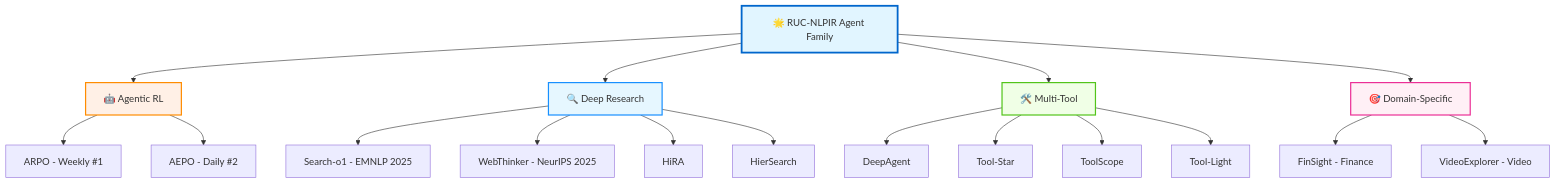
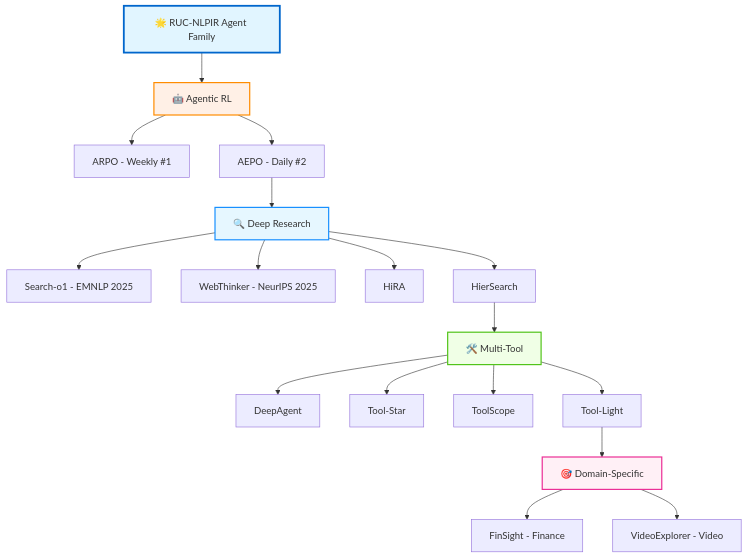
The diagram in README.md (RUC-NLPIR/AgentFamily), drawn with Mermaid before and after one commit. The commit also changed other lines of this file, not shown here.

````diff
--- a/README.md
+++ b/README.md
@@ -314,30 +313,30 @@
 ```mermaid
-graph TD
+flowchart TD
     A[🌟 RUC-NLPIR Agent Family]
     
     A --> B[🤖 Agentic RL]
     B --> B1[ARPO - Weekly #1]
     B --> B2[AEPO - Daily #2]
     
-    A --> C[🔍 Deep Research]
+    B2 --> C[🔍 Deep Research]
     C --> C1[Search-o1 - EMNLP 2025]
     C --> C2[WebThinker - NeurIPS 2025]
     C --> C3[HiRA]
     C --> C4[HierSearch]
     
-    A --> D[🛠️ Multi-Tool]
+    C4 --> D[🛠️ Multi-Tool]
     D --> D1[DeepAgent]
     D --> D2[Tool-Star]
     D --> D3[ToolScope]
     D --> D4[Tool-Light]
     
-    A --> E[🎯 Domain-Specific]
+    D4 --> E[🎯 Domain-Specific]
     E --> E1[FinSight - Finance]
     E --> E2[VideoExplorer - Video]
     
     style A fill:#e1f5ff,stroke:#0066cc,stroke-width:3px
     style B fill:#fff0e6,stroke:#ff8c00,stroke-width:2px
     style C fill:#e6f7ff,stroke:#1890ff,stroke-width:2px
     style D fill:#f0ffe6,stroke:#52c41a,stroke-width:2px
     style E fill:#fff0f6,stroke:#eb2f96,stroke-width:2px
 ```
````
